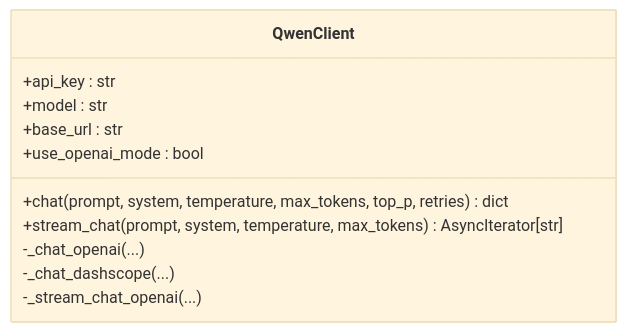
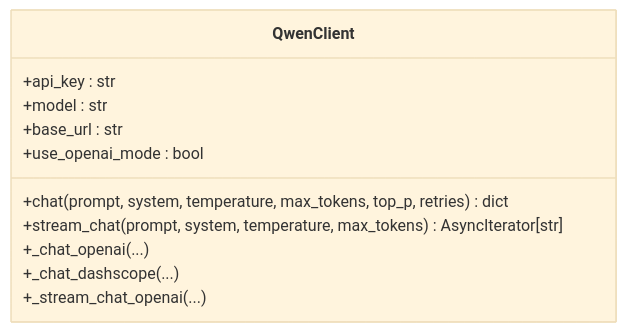
The third of 8 diagrams in .qoder/repowiki/zh/content/LLM集成架构/LLM集成架构.md (xfbyxq/ai-novel-system), drawn with Mermaid (base theme) before and after one commit. The commit also changed other lines of this file and 23 other files, not shown here.

````diff
--- a/.qoder/repowiki/zh/content/LLM集成架构/LLM集成架构.md
+++ b/.qoder/repowiki/zh/content/LLM集成架构/LLM集成架构.md
@@ -167,14 +196,14 @@
 ```mermaid
 classDiagram
 class QwenClient {
 +api_key : str
 +model : str
 +base_url : str
 +use_openai_mode : bool
 +chat(prompt, system, temperature, max_tokens, top_p, retries) dict
 +stream_chat(prompt, system, temperature, max_tokens) AsyncIterator[str]
--_chat_openai(...)
--_chat_dashscope(...)
--_stream_chat_openai(...)
++_chat_openai(...)
++_chat_dashscope(...)
++_stream_chat_openai(...)
 }
 ```
````
